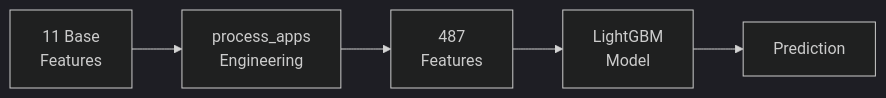
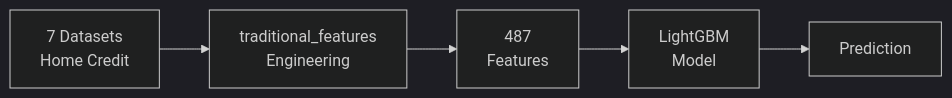
Before and after one commit to walterzenia/A-smart-Loan-default-hybrid-system: the second of 10 diagrams in ARCHITECTURE_GUIDE_COMPACT.md, drawn with Mermaid (dark theme). The commit also changed other lines of this file and 14 other files, not shown here.

````diff
--- a/ARCHITECTURE_GUIDE_COMPACT.md
+++ b/ARCHITECTURE_GUIDE_COMPACT.md
@@ -33,7 +33,7 @@
 ```mermaid
 graph LR
-    A[11 Base<br/>Features] --> B[process_apps<br/>Engineering]
+    A[7 Datasets<br/>Home Credit] --> B[traditional_features<br/>Engineering]
     B --> C[487<br/>Features]
     C --> D[LightGBM<br/>Model]
     D --> E[Prediction]
 ```
````
